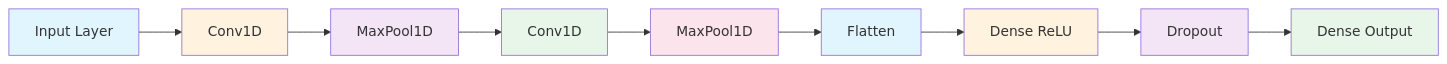
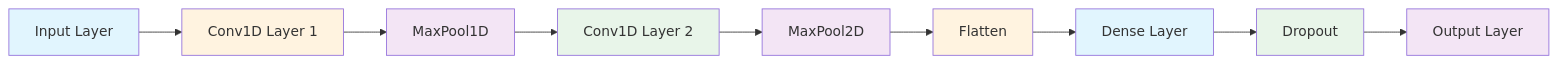
The fourth of 8 diagrams in README.md (khairul-me/Enhanced-Sonar-Sensor-Accuracy-using-Machine-Learning), drawn with Mermaid before and after one commit. The commit also changed other lines of this file, not shown here.

````diff
--- a/README.md
+++ b/README.md
@@ -111,21 +102,21 @@
 ```mermaid
 flowchart LR
-    A[Input Layer] --> B[Conv1D]
+    A[Input Layer] --> B[Conv1D Layer 1]
     B --> C[MaxPool1D]
-    C --> D[Conv1D]
-    D --> E[MaxPool1D]
+    C --> D[Conv1D Layer 2]
+    D --> E[MaxPool2D]
     E --> F[Flatten]
-    F --> G[Dense ReLU]
+    F --> G[Dense Layer]
     G --> H[Dropout]
-    H --> I[Dense Output]
+    H --> I[Output Layer]
     
     style A fill:#e1f5fe
     style B fill:#fff3e0
     style C fill:#f3e5f5
     style D fill:#e8f5e9
-    style E fill:#fce4ec
-    style F fill:#e1f5fe
-    style G fill:#fff3e0
-    style H fill:#f3e5f5
-    style I fill:#e8f5e9
+    style E fill:#f3e5f5
+    style F fill:#fff3e0
+    style G fill:#e1f5fe
+    style H fill:#e8f5e9
+    style I fill:#f3e5f5
 ```
````
